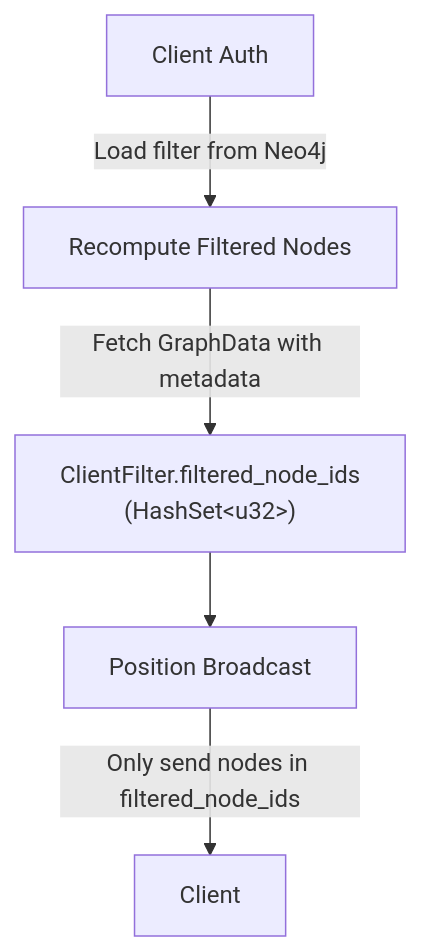
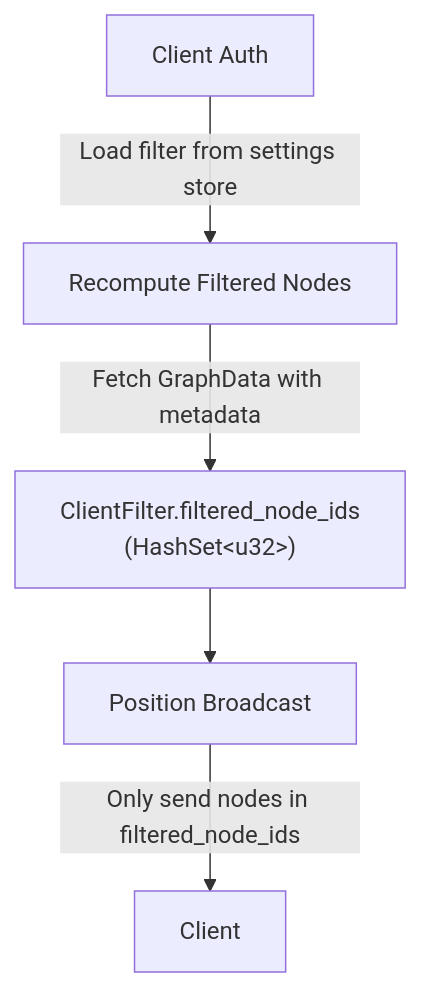
Before and after one commit to shaneholloman/logseq-spring-thing: the diagram in docs/how-to/features/filtering-nodes.md, drawn with Mermaid. The commit also changed other lines of this file and 58 other files, not shown here.

````diff
--- a/docs/how-to/features/filtering-nodes.md
+++ b/docs/how-to/features/filtering-nodes.md
@@ -41,7 +41,7 @@
 ```mermaid
 flowchart TD
-    A["Client Auth"] -->|Load filter from Neo4j| B["Recompute Filtered Nodes"]
+    A["Client Auth"] -->|Load filter from settings store| B["Recompute Filtered Nodes"]
     B -->|Fetch GraphData with metadata| C["ClientFilter.filtered_node_ids\n(HashSet&lt;u32&gt;)"]
     C --> D["Position Broadcast"]
     D -->|Only send nodes in filtered_node_ids| E["Client"]
 ```
````
